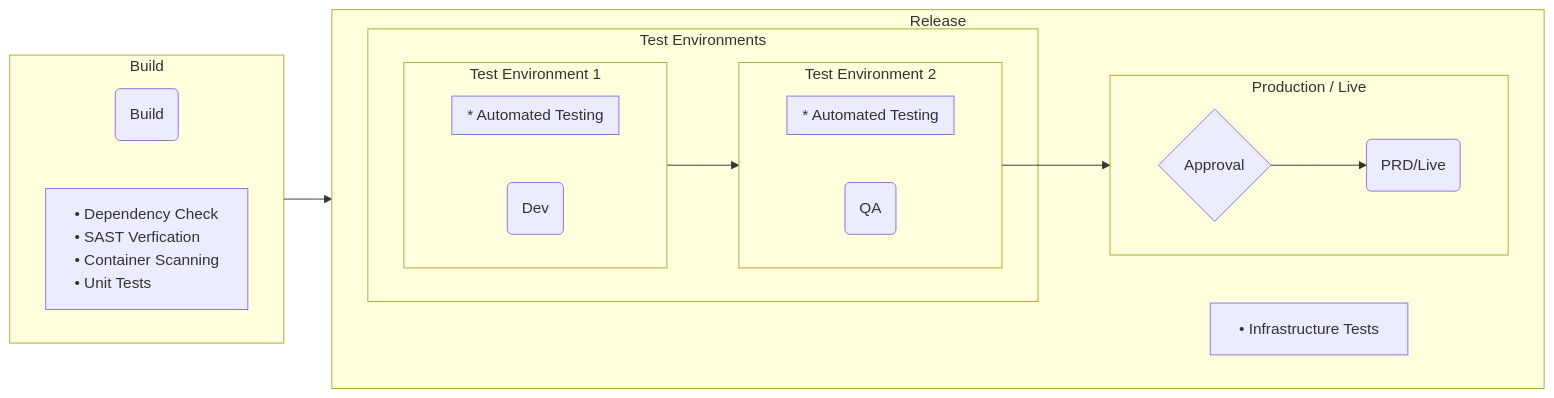
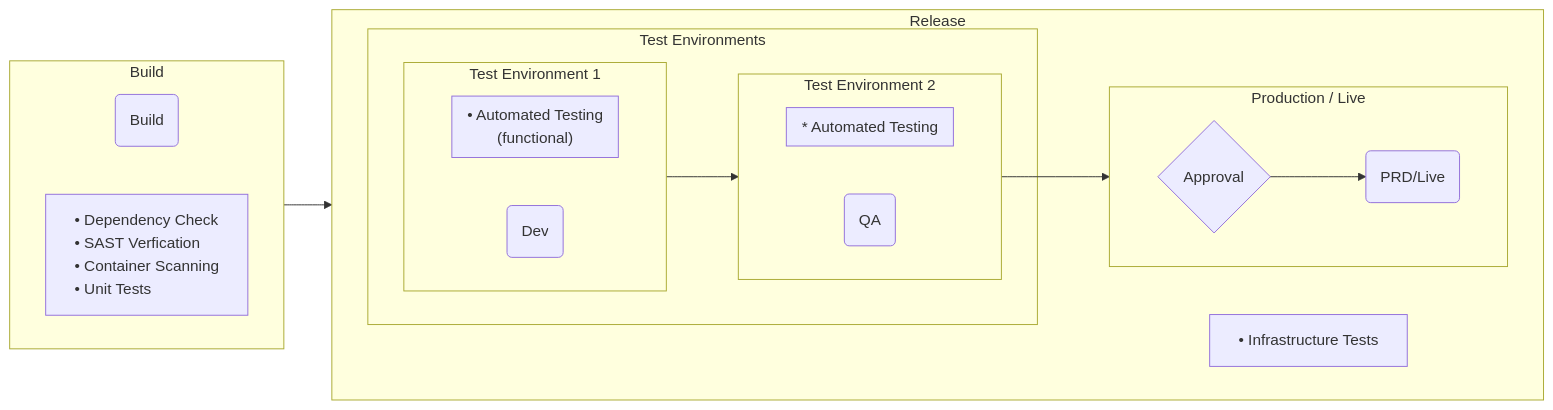
One commit to UKHO/docs changed the diagram in software-engineering-policies/Pipelines/Baseline_Policy.md. Above: the diagram before and after it, drawn with Mermaid.

````diff
--- a/software-engineering-policies/Pipelines/Baseline_Policy.md
+++ b/software-engineering-policies/Pipelines/Baseline_Policy.md
@@ -15,45 +15,45 @@
 ```mermaid
 flowchart LR
     buildNode(Build)
     testEnv1Node(Dev)
     testEnvnNode(QA)
     approvalNode{Approval}
     prdNode(PRD/Live)
     infrastructureTestsNode[" #bull; Infrastructure Tests"]
     style infrastructureTestsNode align: left
     buildChecks[" #bull; Dependency Check\n #bull; SAST Verfication\n #bull; Container Scanning\n #bull; Unit Tests"]
     style buildChecks text-align:left; 
     subgraph sgBuild[Build]
     direction LR
         buildNode
         buildChecks
     end
 
   subgraph sgRelease[Release]
     direction LR
     subgraph sgPreProd[Test Environments\n\n]
         subgraph sgDev[Test Environment 1]
             direction LR
             testEnv1Node
-            subgraph sgDevChecks[" * Automated Testing"]
+            subgraph sgDevChecks[" #bull; Automated Testing </br>(functional)"]
             end 
         end
     subgraph sgQa[Test Environment 2]
         direction LR
         testEnvnNode
         subgraph sgQaChecks[" * Automated Testing"]
         end 
     end
     end
     subgraph sgPrd[Production / Live]
         direction LR
         approvalNode
         prdNode
     end
     infrastructureTestsNode
   end
   buildNode --> testEnv1Node
   testEnv1Node --> testEnvnNode
   testEnvnNode --> approvalNode
   approvalNode --> prdNode
 ```
````
